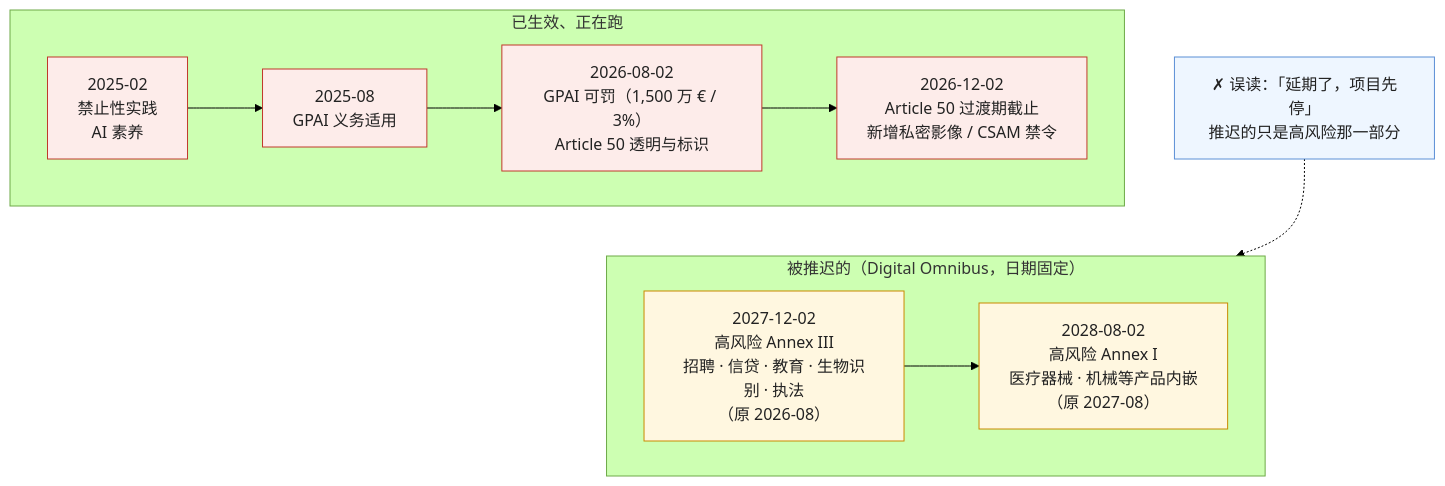
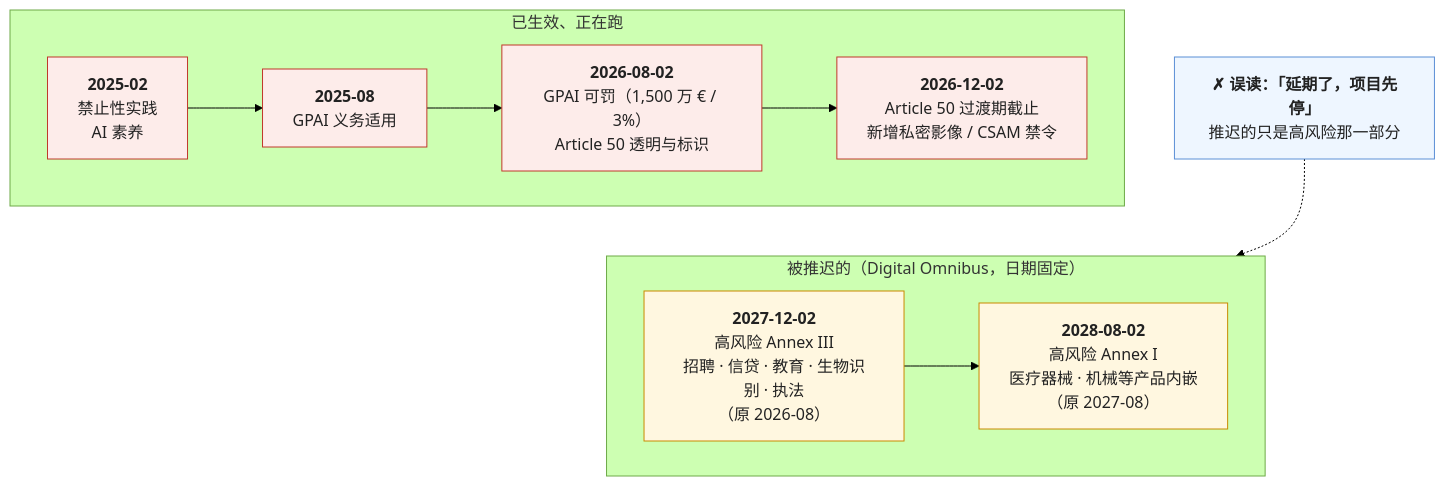
The fourth of 5 diagrams in _posts/2026-11-12-governance-and-compliance-audit-retention-ai-act-and-labeling.md (arganzheng/arganzheng.github.com), drawn with Mermaid (forest theme) before and after one commit. The commit also changed other lines of this file and 7 other files, not shown here.

First line of the commit message:
生产化与运营：让 AI 应用可靠、可控、可持续地跑：Mermaid 多行方框的首行标为标题（8 篇）

````diff
--- a/_posts/2026-11-12-governance-and-compliance-audit-retention-ai-act-and-labeling.md
+++ b/_posts/2026-11-12-governance-and-compliance-audit-retention-ai-act-and-labeling.md
@@ -163,20 +163,20 @@
 ```mermaid
 %% 图：EU AI Act 时间轴上哪些已经在跑、哪些被推迟——禁止性实践（2025-02）、GPAI 义务（2025-08 适用、2026-08 可罚）、Article 50 透明与标识（2026-08，过渡到 2026-12）都已生效；只有高风险 Annex III（推到 2027-12）与 Annex I（推到 2028-08）被 Digital Omnibus 推迟，且新日期固定
 flowchart TB
     subgraph ON["已生效、正在跑"]
         direction LR
-        T1["2025-02<br/>禁止性实践<br/>AI 素养"] --> T2["2025-08<br/>GPAI 义务适用"] --> T3["2026-08-02<br/>GPAI 可罚（1,500 万 € / 3%）<br/>Article 50 透明与标识"] --> T4["2026-12-02<br/>Article 50 过渡期截止<br/>新增私密影像 / CSAM 禁令"]
+        T1["<b>2025-02</b><br/>禁止性实践<br/>AI 素养"] --> T2["<b>2025-08</b><br/>GPAI 义务适用"] --> T3["<b>2026-08-02</b><br/>GPAI 可罚（1,500 万 € / 3%）<br/>Article 50 透明与标识"] --> T4["<b>2026-12-02</b><br/>Article 50 过渡期截止<br/>新增私密影像 / CSAM 禁令"]
     end
     subgraph LATER["被推迟的（Digital Omnibus，日期固定）"]
         direction LR
-        H1["2027-12-02<br/>高风险 Annex III<br/>招聘 · 信贷 · 教育 · 生物识别 · 执法<br/>（原 2026-08）"] --> H2["2028-08-02<br/>高风险 Annex I<br/>医疗器械 · 机械等产品内嵌<br/>（原 2027-08）"]
+        H1["<b>2027-12-02</b><br/>高风险 Annex III<br/>招聘 · 信贷 · 教育 · 生物识别 · 执法<br/>（原 2026-08）"] --> H2["<b>2028-08-02</b><br/>高风险 Annex I<br/>医疗器械 · 机械等产品内嵌<br/>（原 2027-08）"]
     end
     ON ~~~ LATER
-    X["✗ 误读：「延期了，项目先停」<br/>推迟的只是高风险那一部分"] -.-> LATER
+    X["<b>✗ 误读：「延期了，项目先停」</b><br/>推迟的只是高风险那一部分"] -.-> LATER
     classDef on fill:#fdecea,stroke:#c0392b,color:#222
     classDef later fill:#fff7e0,stroke:#c98a00,color:#222
     classDef n fill:#eef6ff,stroke:#5b8fd6,color:#222
     class T1,T2,T3,T4 on
     class H1,H2 later
     class X n
 ```
````
